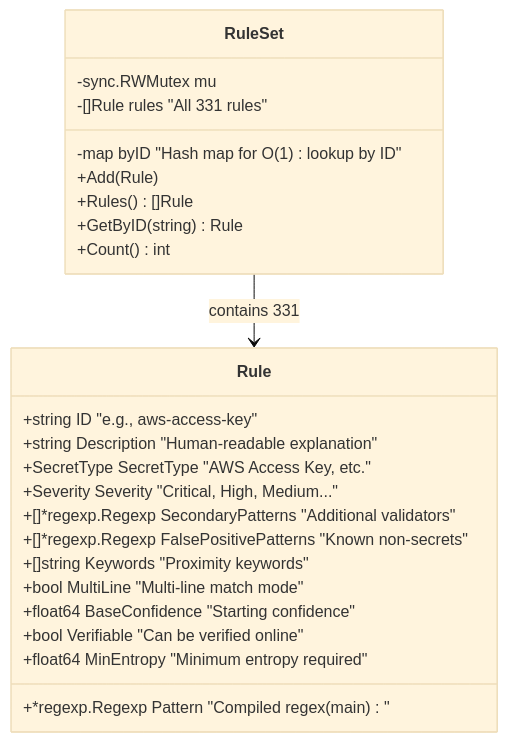
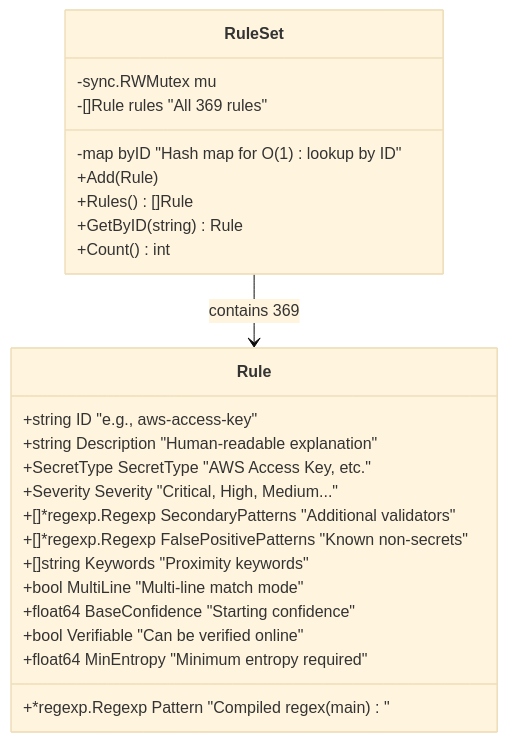
One commit to svemulapati/CredVigil changed the tenth of 60 diagrams in docs/training/00-System-Design.md. Above: the diagram before and after it, drawn with Mermaid (base theme). The commit also changed other lines of this file and 20 other files, not shown here.

````diff
--- a/docs/training/00-System-Design.md
+++ b/docs/training/00-System-Design.md
@@ -644,29 +644,29 @@
 ```mermaid
 classDiagram
     class Rule {
         +string ID "e.g., aws-access-key"
         +string Description "Human-readable explanation"
         +SecretType SecretType "AWS Access Key, etc."
         +Severity Severity "Critical, High, Medium..."
         +*regexp.Regexp Pattern "Compiled regex (main)"
         +[]*regexp.Regexp SecondaryPatterns "Additional validators"
         +[]*regexp.Regexp FalsePositivePatterns "Known non-secrets"
         +[]string Keywords "Proximity keywords"
         +bool MultiLine "Multi-line match mode"
         +float64 BaseConfidence "Starting confidence"
         +bool Verifiable "Can be verified online"
         +float64 MinEntropy "Minimum entropy required"
     }
 
     class RuleSet {
         -sync.RWMutex mu
-        -[]Rule rules "All 331 rules"
+        -[]Rule rules "All 369 rules"
         -map byID "Hash map for O(1) lookup by ID"
         +Add(Rule)
         +Rules() []Rule
         +GetByID(string) Rule
         +Count() int
     }
 
-    RuleSet --> Rule : contains 331
+    RuleSet --> Rule : contains 369
 ```
````
